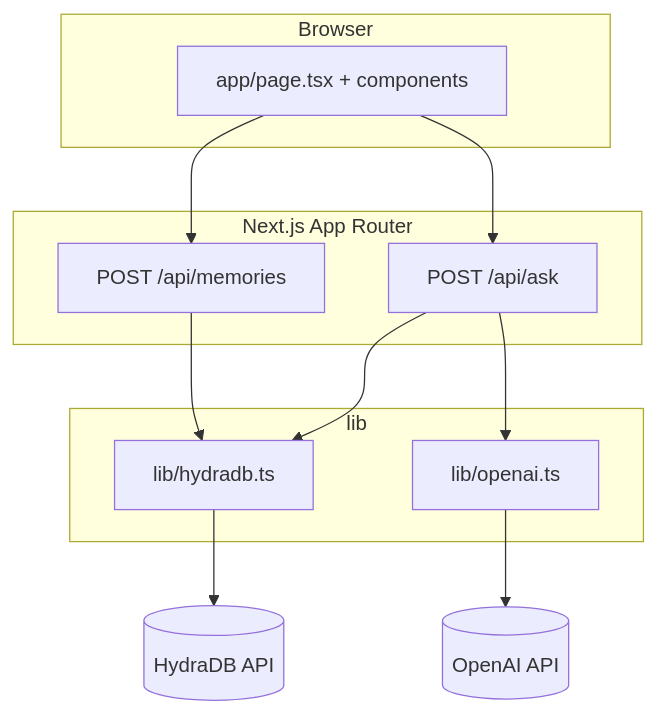
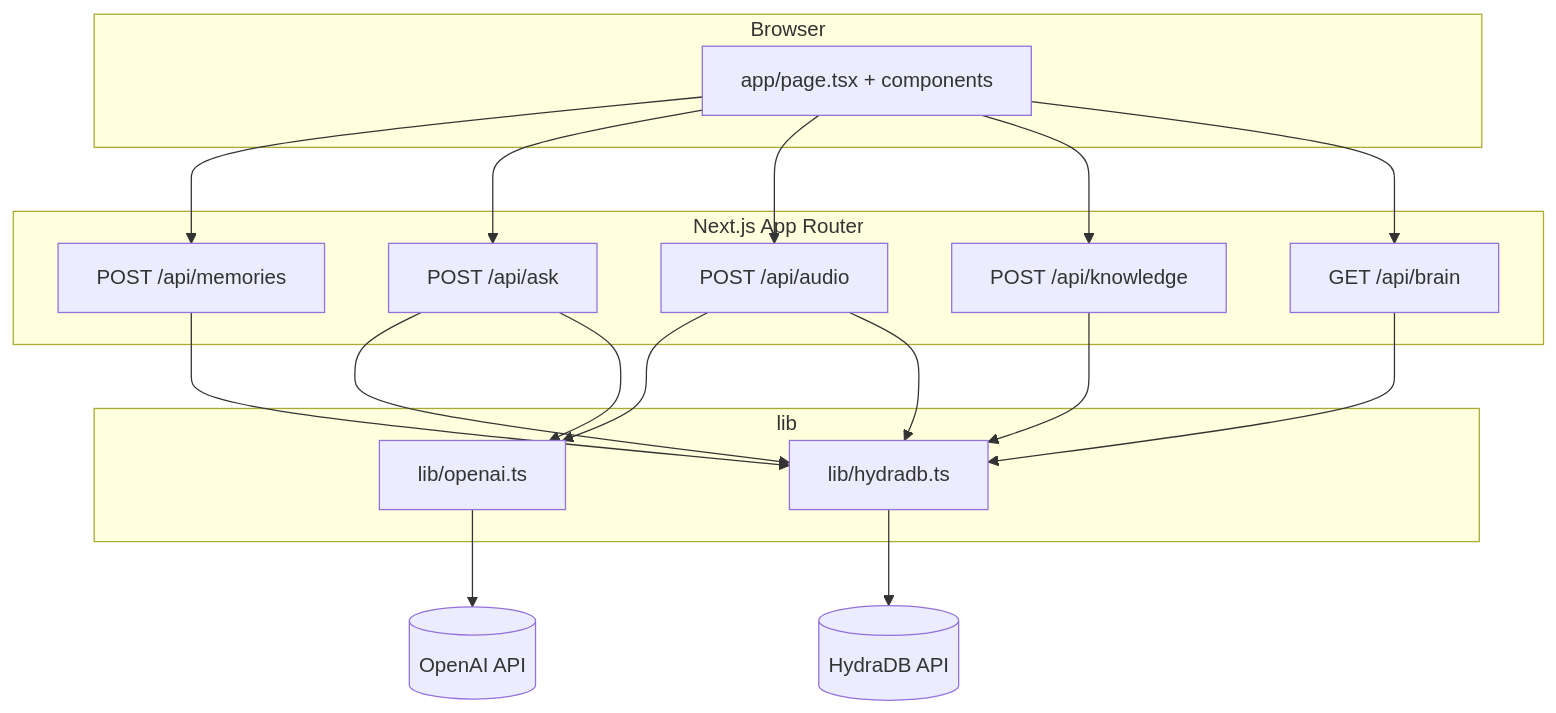
Before and after one commit to krutarthtruenorth/second-brain: the diagram in README.md, drawn with Mermaid. The commit also changed other lines of this file, not shown here.

````diff
--- a/README.md
+++ b/README.md
@@ -129,21 +166,31 @@
 ```mermaid
 flowchart TB
   subgraph client [Browser]
     UI[app/page.tsx + components]
   end
   subgraph nextjs [Next.js App Router]
     MemAPI["POST /api/memories"]
     AskAPI["POST /api/ask"]
+    AudioAPI["POST /api/audio"]
+    KnowledgeAPI["POST /api/knowledge"]
+    BrainAPI["GET /api/brain"]
   end
   subgraph libLayer [lib]
     Hydra[lib/hydradb.ts]
     OAI[lib/openai.ts]
   end
   UI --> MemAPI
   UI --> AskAPI
+  UI --> AudioAPI
+  UI --> KnowledgeAPI
+  UI --> BrainAPI
   MemAPI --> Hydra
   AskAPI --> Hydra
+  AudioAPI --> OAI
+  AudioAPI --> Hydra
+  KnowledgeAPI --> Hydra
+  BrainAPI --> Hydra
   AskAPI --> OAI
   Hydra --> HydraDB[(HydraDB API)]
   OAI --> OpenAIAPI[(OpenAI API)]
 ```
````
